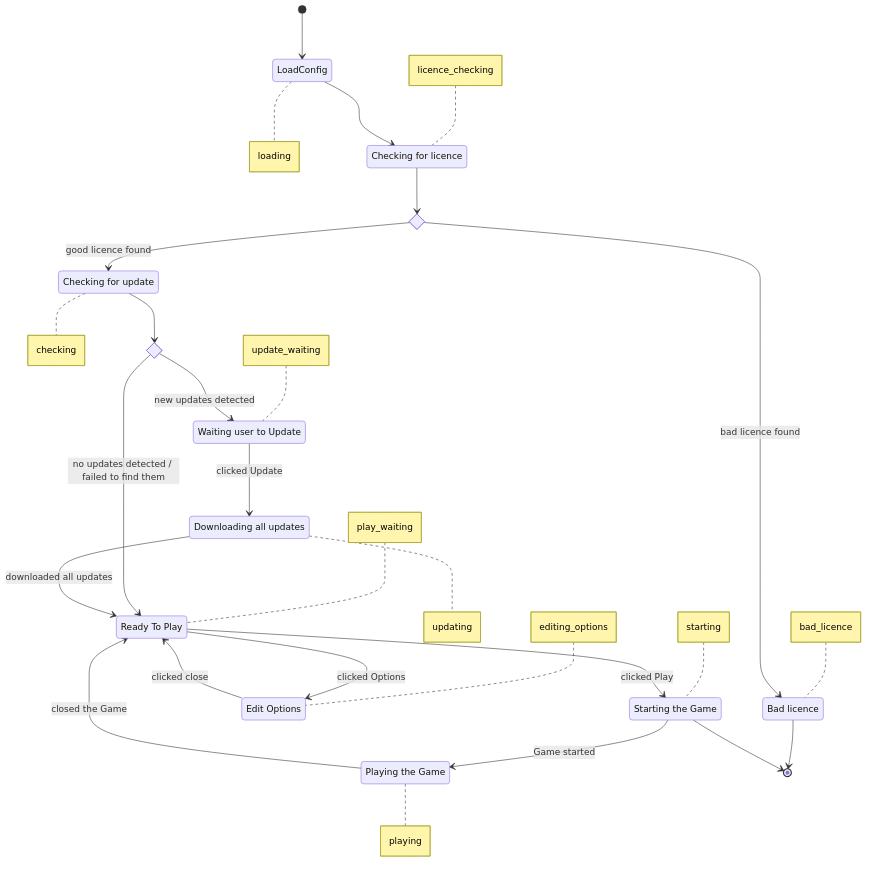
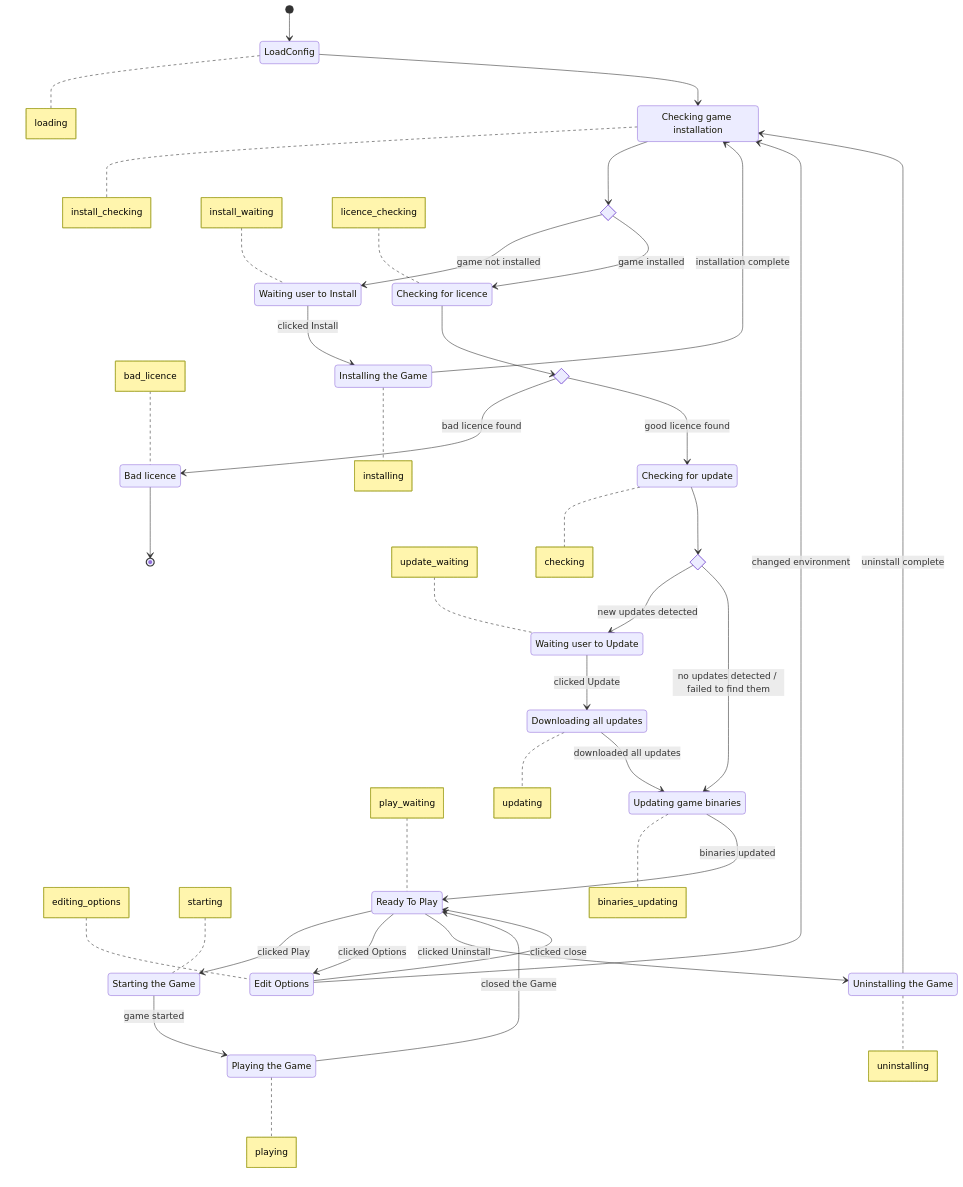
The diagram in README.md (PokemonWorkshop/GameLauncher), drawn with Mermaid before and after one commit. The commit also changed other lines of this file and 22 other files, not shown here.

````diff
--- a/README.md
+++ b/README.md
@@ -26,55 +92,80 @@
 ```mermaid
 stateDiagram-v2
 
 LoadConfig: LoadConfig
 note right of LoadConfig: loading
+
+CheckInstall: Checking game installation
+note right of CheckInstall: install_checking
+
+state game_installed <<choice>>
+
+InstallMode: Waiting user to Install
+note left of InstallMode: install_waiting
+
+InstallGame: Installing the Game
+note right of InstallGame: installing
 
 CheckLicence: Checking for licence
 note left of CheckLicence: licence_checking
 
 BadLicence: Bad licence
 note left of BadLicence: bad_licence
 
 state no_licence <<choice>>
 
 CheckUpdate: Checking for update
 note right of CheckUpdate: checking
 
 state any_update <<choice>>
 
 PlayMode: Ready To Play
 note left of PlayMode: play_waiting
 
 OptionMode: Edit Options
 note left of OptionMode: editing_options
 
 StartGame: Starting the Game
 note left of StartGame: starting
 
 UpdateMode: Waiting user to Update
 note left of UpdateMode: update_waiting
 
 DlAllUpdates: Downloading all updates
 note right of DlAllUpdates: updating
 
+UpdateBinaries: Updating game binaries
+note right of UpdateBinaries: binaries_updating
+
 PlayGame: Playing the Game
 note right of PlayGame: playing
 
+UninstallGame: Uninstalling the Game
+note right of UninstallGame: uninstalling
+
 [*] --> LoadConfig
-LoadConfig --> CheckLicence
+LoadConfig --> CheckInstall
+CheckInstall --> game_installed
+game_installed --> InstallMode: game not installed
+game_installed --> CheckLicence: game installed
+InstallMode --> InstallGame: clicked Install
+InstallGame --> CheckInstall: installation complete
 CheckLicence --> no_licence
 no_licence --> BadLicence: bad licence found
 no_licence --> CheckUpdate: good licence found
 BadLicence --> [*]
 CheckUpdate --> any_update
 any_update --> UpdateMode: new updates detected
-any_update --> PlayMode: no updates detected / failed to find them
+any_update --> UpdateBinaries: no updates detected / failed to find them
 UpdateMode --> DlAllUpdates: clicked Update
-DlAllUpdates --> PlayMode: downloaded all updates
+DlAllUpdates --> UpdateBinaries: downloaded all updates
+UpdateBinaries --> PlayMode: binaries updated
 PlayMode --> StartGame: clicked Play
-StartGame --> [*]
 PlayMode --> OptionMode: clicked Options
 OptionMode --> PlayMode: clicked close
-StartGame --> PlayGame: Game started
+OptionMode --> CheckInstall: changed environment
+PlayMode --> UninstallGame: clicked Uninstall
+UninstallGame --> CheckInstall: uninstall complete
+StartGame --> PlayGame: game started
 PlayGame --> PlayMode: closed the Game
 ```
````
